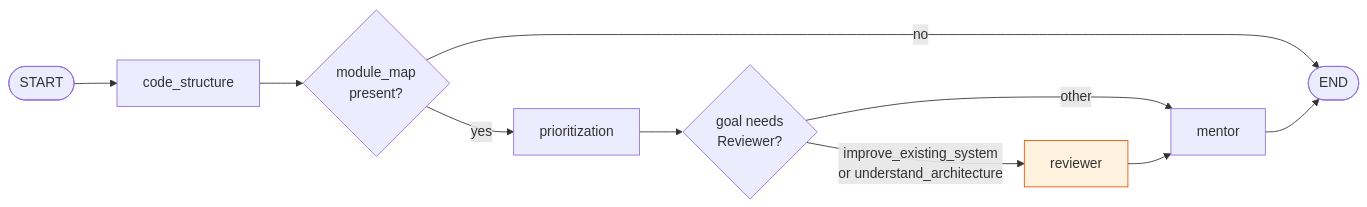
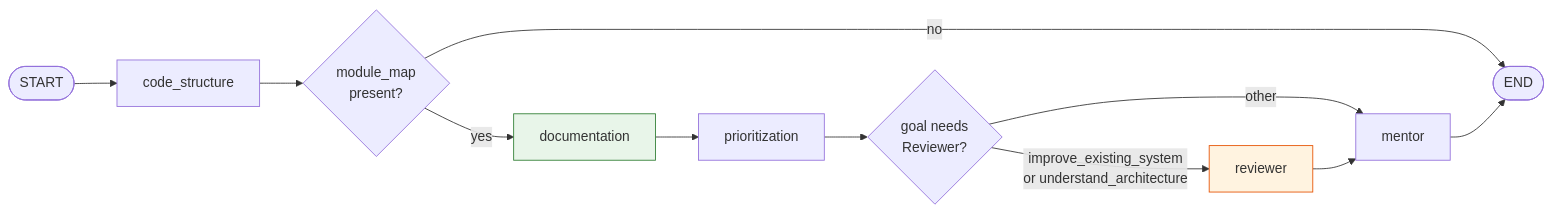
One commit to talziv2/CodeOnboard changed the fourth of 12 diagrams in docs/project-summary.md. Above: the diagram before and after it, drawn with Mermaid. The commit also changed other lines of this file and 35 other files, not shown here.

````diff
--- a/docs/project-summary.md
+++ b/docs/project-summary.md
@@ -313,14 +315,16 @@
 ```mermaid
 graph LR
     Start([START]) --> CS[code_structure]
     CS --> R1{module_map<br/>present?}
     R1 -- no --> End([END])
-    R1 -- yes --> Pr[prioritization]
+    R1 -- yes --> Doc[documentation]
+    Doc --> Pr[prioritization]
     Pr --> R2{goal needs<br/>Reviewer?}
     R2 -- improve_existing_system<br/>or understand_architecture --> Rv[reviewer]
     R2 -- other --> Mn[mentor]
     Rv --> Mn
     Mn --> End
 
     style Rv fill:#fff3e0,stroke:#e65100
+    style Doc fill:#e8f5e9,stroke:#2e7d32
 ```
````
